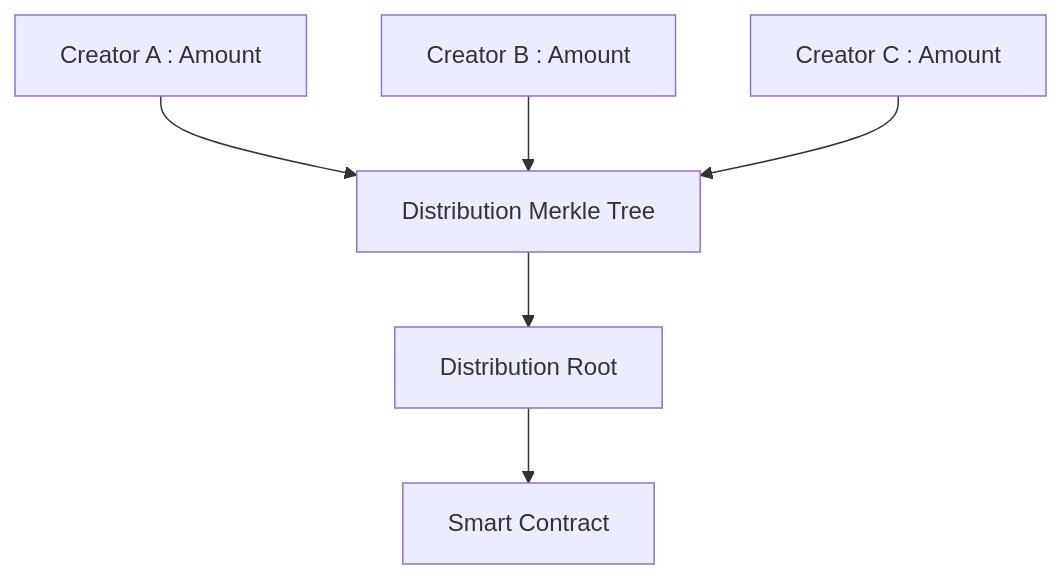
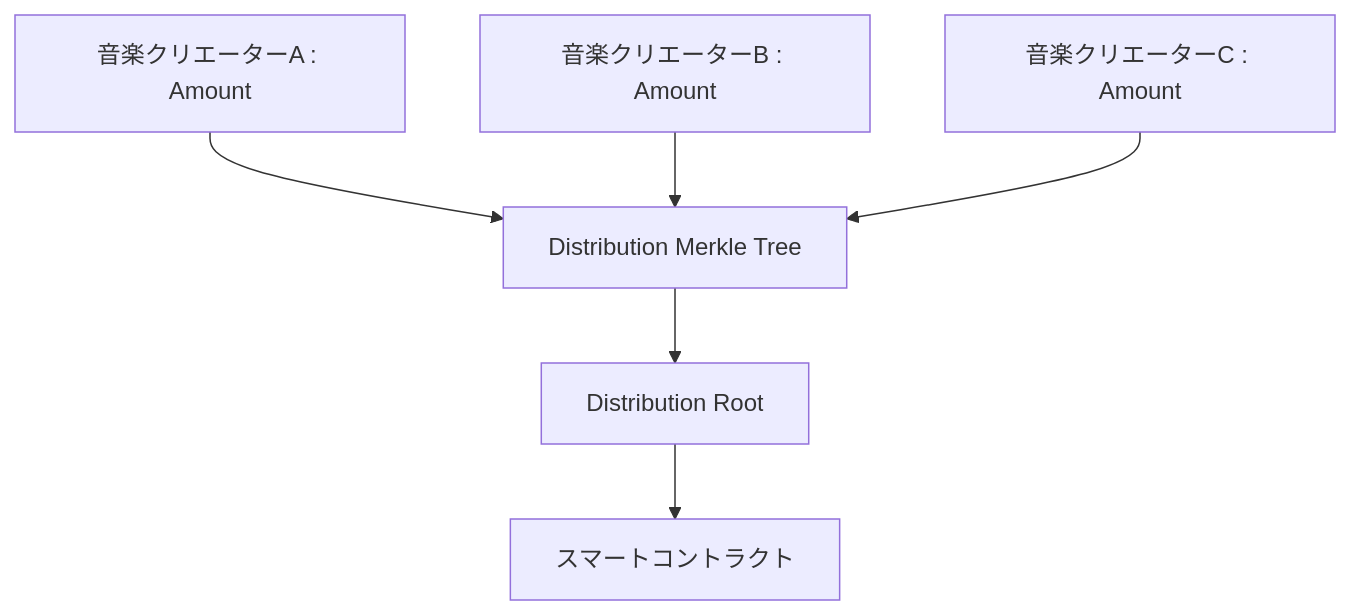
One commit to ShigeichiroYamasaki/creator-first-platform changed diagram 23 of 43 in docs/whitepaper/09-technology.md. Above: the diagram before and after it, drawn with Mermaid. The commit also changed other lines of this file and 67 other files, not shown here.

````diff
--- a/docs/whitepaper/09-technology.md
+++ b/docs/whitepaper/09-technology.md
@@ -916,13 +916,13 @@
 ```mermaid
 flowchart TD
-    D1[Creator A : Amount]
-    D2[Creator B : Amount]
-    D3[Creator C : Amount]
+    D1[音楽クリエーターA : Amount]
+    D2[音楽クリエーターB : Amount]
+    D3[音楽クリエーターC : Amount]
 
     D1 --> TREE[Distribution Merkle Tree]
     D2 --> TREE
     D3 --> TREE
 
     TREE --> ROOT[Distribution Root]
-    ROOT --> CONTRACT[Smart Contract]
+    ROOT --> CONTRACT[スマートコントラクト]
 ```
````
